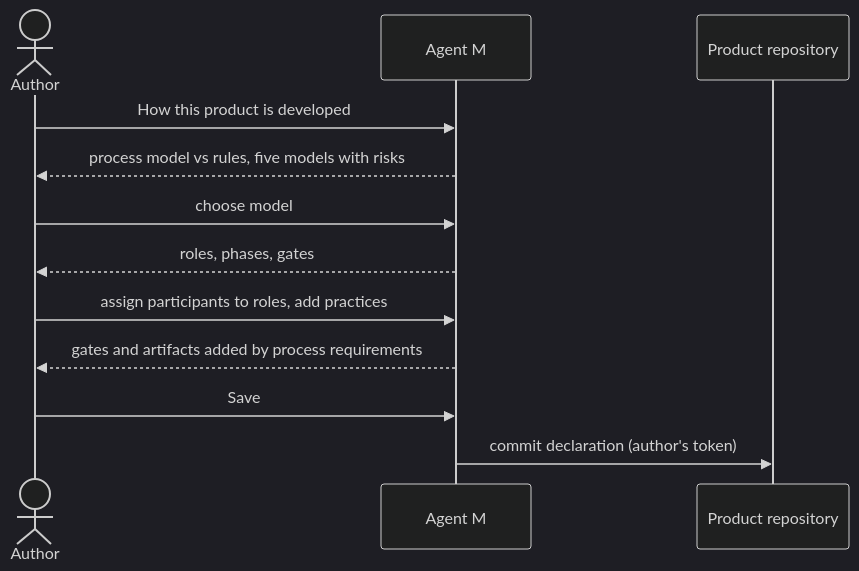
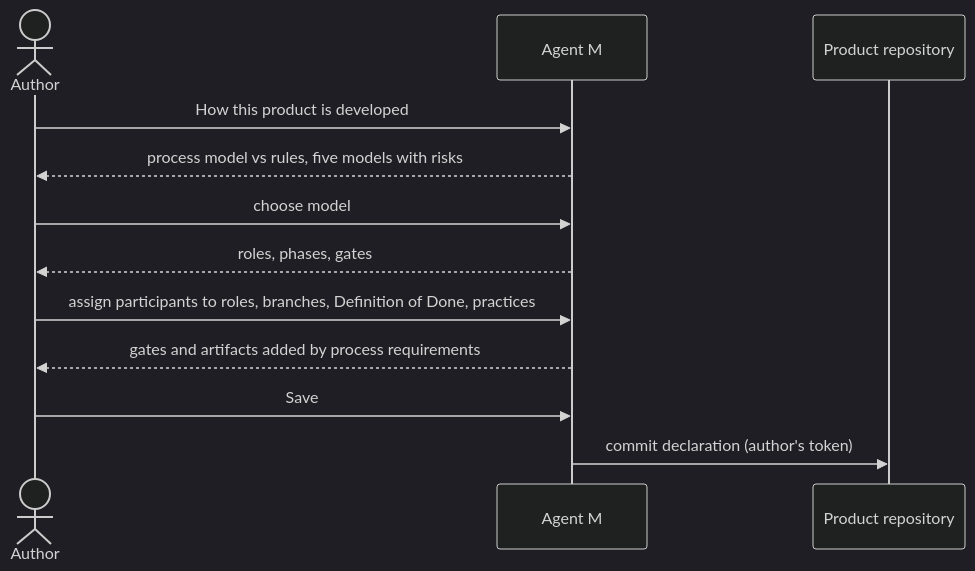
The diagram in docs/use-cases/UC-002-choose-a-process-model.md (akmaier/agent-m), drawn with Mermaid (dark theme) before and after one commit. The commit also changed other lines of this file and 22 other files, not shown here.

````diff
--- a/docs/use-cases/UC-002-choose-a-process-model.md
+++ b/docs/use-cases/UC-002-choose-a-process-model.md
@@ -84,14 +92,14 @@
 ```mermaid
 sequenceDiagram
     actor A as Author
     participant M as Agent M
     participant G as Product repository
     A->>M: How this product is developed
     M-->>A: process model vs rules, five models with risks
     A->>M: choose model
     M-->>A: roles, phases, gates
-    A->>M: assign participants to roles, add practices
+    A->>M: assign participants to roles, branches, Definition of Done, practices
     M-->>A: gates and artifacts added by process requirements
     A->>M: Save
     M->>G: commit declaration (author's token)
 ```
````
